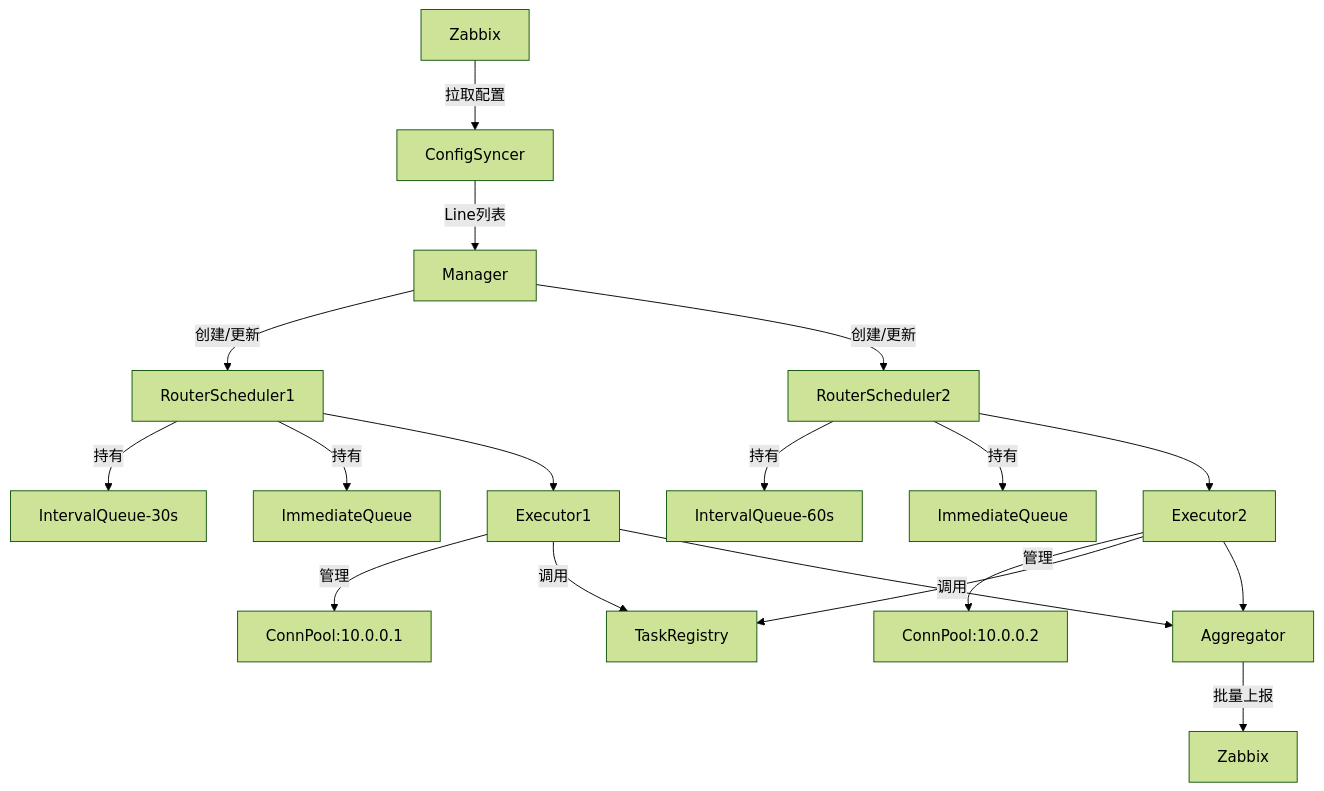
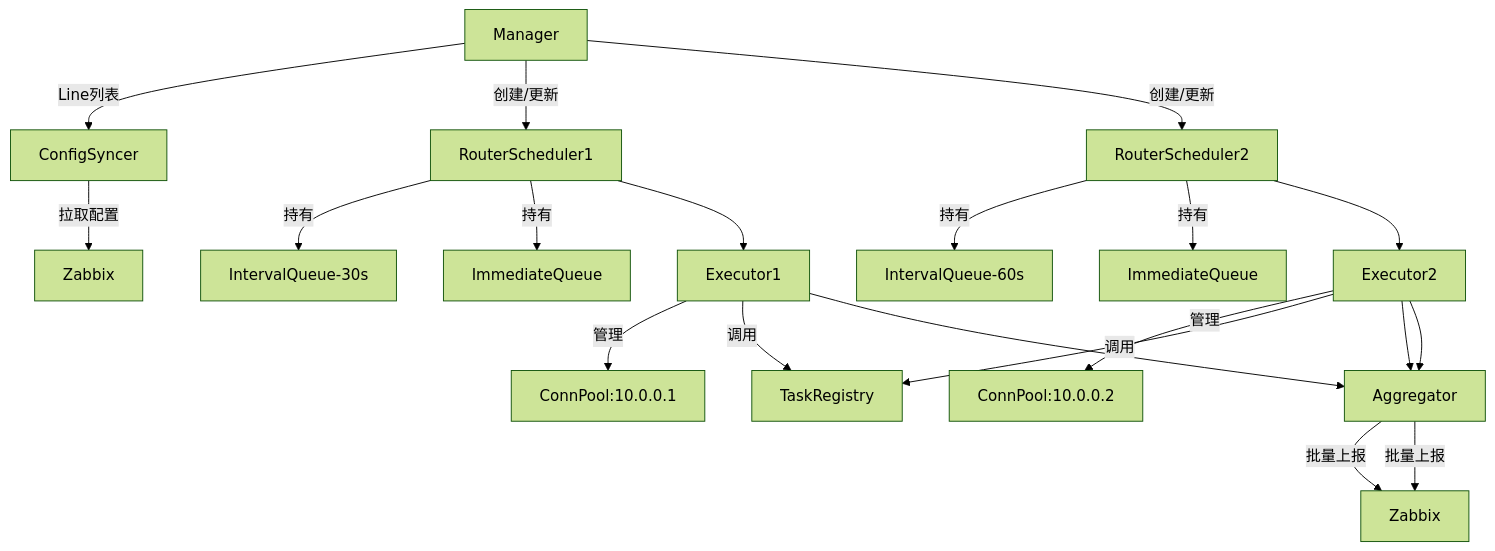
One commit to charlesren/zabbix_ddl_monitor changed the first of 3 diagrams in spec/line_monitoring/design.md. Above: the diagram before and after it, drawn with Mermaid (forest theme). The commit also changed other lines of this file and 9 other files, not shown here.

````diff
--- a/spec/line_monitoring/design.md
+++ b/spec/line_monitoring/design.md
@@ -11,27 +11,29 @@
 ```mermaid
 graph TD
     %% 配置同步层
-    A[Zabbix] -->|拉取配置| B[ConfigSyncer]
-    B -->|Line列表| C[Manager]
+    A[ConfigSyncer] -->|拉取配置| B[Zabbix]
+     C[Manager] -->|Line列表| A
 
     %% 任务调度层
     C -->|创建/更新| D[RouterScheduler1]
     C -->|创建/更新| E[RouterScheduler2]
     D -->|持有| F[IntervalQueue-30s]
     D -->|持有| G[ImmediateQueue]
     E -->|持有| H[IntervalQueue-60s]
     E -->|持有| I[ImmediateQueue]
 
     %% 执行层（核心变更点）
     D --> J[Executor1]
     E --> K[Executor2]
     J -->|管理| L[ConnPool:10.0.0.1]
     K -->|管理| M[ConnPool:10.0.0.2]
     J -->|调用| N[TaskRegistry]
     K -->|调用| N
 
     %% 结果上报层
     J --> O[Aggregator]
     K --> O
     O -->|批量上报| P[Zabbix]
+    K --> O
+    O -->|批量上报| P[Zabbix]
 ```
````
